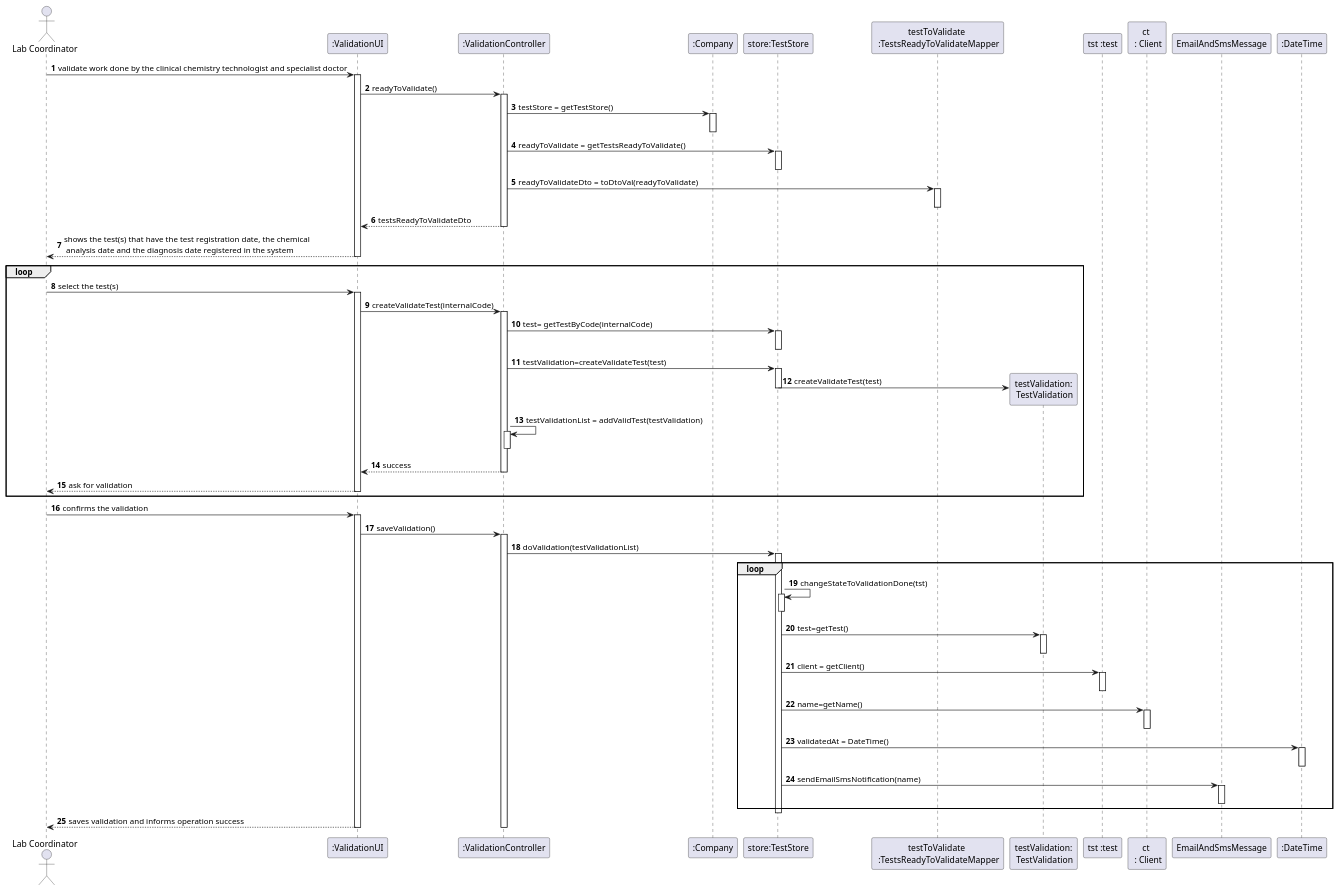
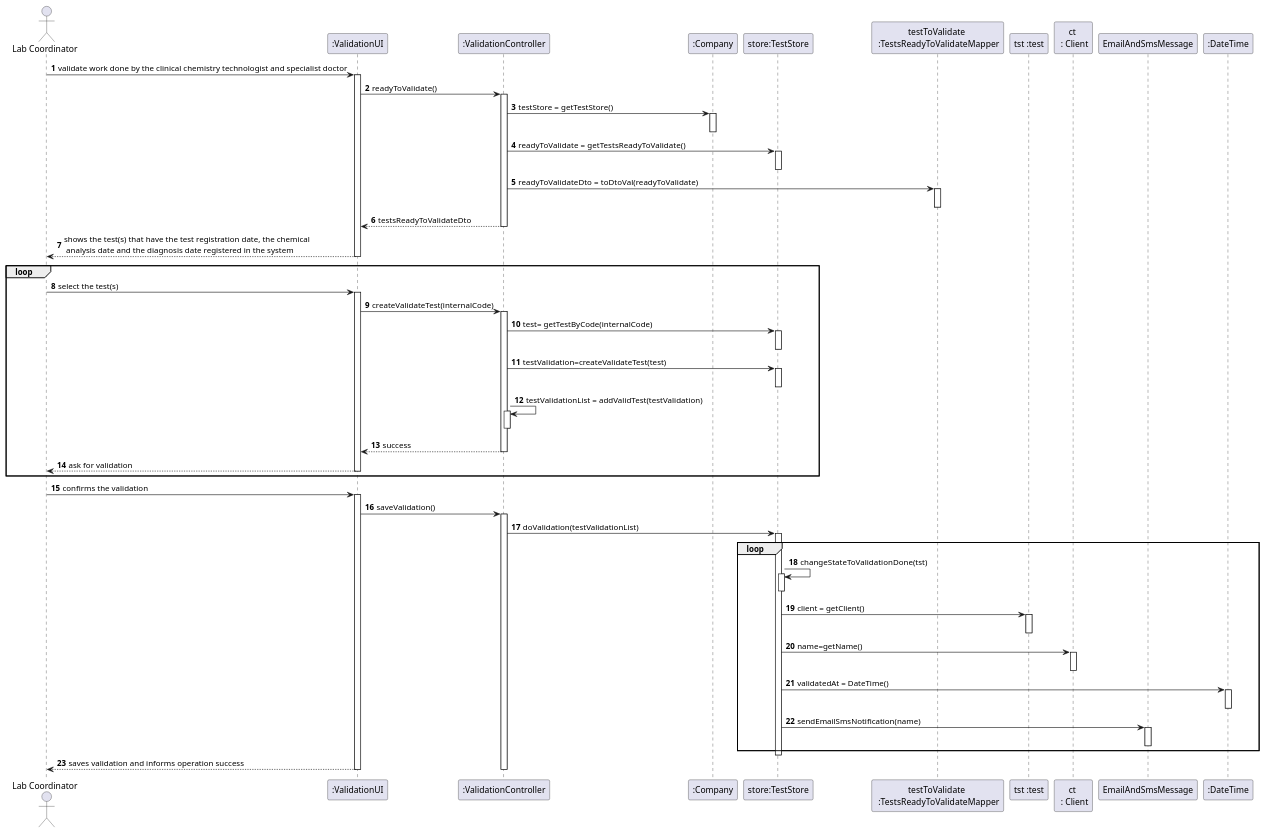
Before and after one commit to GuilhermeCunha79/lapr2: the diagram in docs/SprintC/US15/UC15_SD.puml, drawn with PlantUML. The commit also changed 1 other file, not shown here.

```diff
--- a/docs/SprintC/US15/UC15_SD.puml
+++ b/docs/SprintC/US15/UC15_SD.puml
@@ -1,97 +1,93 @@
 @startuml
 autonumber
 'hide footbox
 actor "Lab Coordinator" as LC
 
 participant ":ValidationUI" as UI
 participant ":ValidationController" as CTRL
 participant ":Company" as C
 participant "store:TestStore" as TS
 participant "testToValidate \n :TestsReadyToValidateMapper" as TVM
-participant "testValidation:\n TestValidation" as TV
+
 participant "tst :test" as TST
 participant "ct \n : Client" as CT
 participant "EmailAndSmsMessage" as EM
 participant ":DateTime" as DT
 
 LC -> UI : validate work done by the clinical chemistry technologist and specialist doctor
 activate UI
     UI -> CTRL : readyToValidate()
     activate CTRL
     CTRL -> C : testStore = getTestStore()
     activate C
     deactivate C
     CTRL -> TS : readyToValidate = getTestsReadyToValidate()
     activate TS
     deactivate TS
     CTRL -> TVM : readyToValidateDto = toDtoVal(readyToValidate)
     activate TVM
     deactivate TVM
     deactivate TVM
     CTRL --> UI : testsReadyToValidateDto
     deactivate CTRL
     UI --> LC : shows the test(s) that have the test registration date, the chemical\n analysis date and the diagnosis date registered in the system
 deactivate UI
 loop
 LC -> UI : select the test(s)
 activate UI
 
 UI -> CTRL : createValidateTest(internalCode)
 activate CTRL
 CTRL -> TS : test= getTestByCode(internalCode)
 activate TS
 deactivate TS
 CTRL -> TS : testValidation=createValidateTest(test)
 activate TS
-TS-> TV** : createValidateTest(test)
 deactivate TS
 
 
 
 CTRL -> CTRL : testValidationList = addValidTest(testValidation)
 activate CTRL
 deactivate CTRL
 CTRL --> UI : success
 deactivate CTRL
 
     UI --> LC : ask for validation
     deactivate CTRL
 deactivate UI
 end
 LC -> UI : confirms the validation
 activate UI
     UI -> CTRL : saveValidation()
     activate CTRL
     CTRL -> TS : doValidation(testValidationList)
     loop
     activate TS
     TS -> TS : changeStateToValidationDone(tst)
     activate TS
     deactivate TS
-    TS -> TV : test=getTest()
-    activate TV
-    deactivate TV
     TS -> TST : client = getClient()
     activate TST
     deactivate TST
     TS -> CT : name=getName()
     activate CT
     deactivate CT
     TS -> DT : validatedAt = DateTime()
     activate DT
         deactivate DT
     TS -> EM : sendEmailSmsNotification(name)
     activate EM
         deactivate EM
    end
 
 
     deactivate TS
 
 
 UI --> LC : saves validation and informs operation success
 deactivate C
 deactivate UI
 deactivate CTRL
 
 @enduml
```
